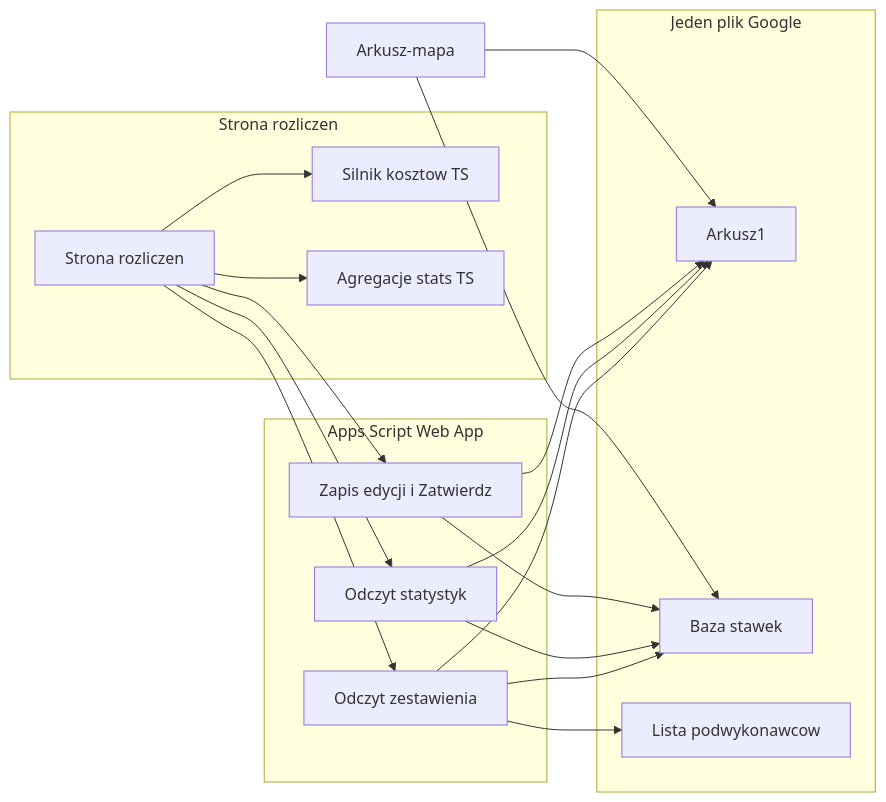
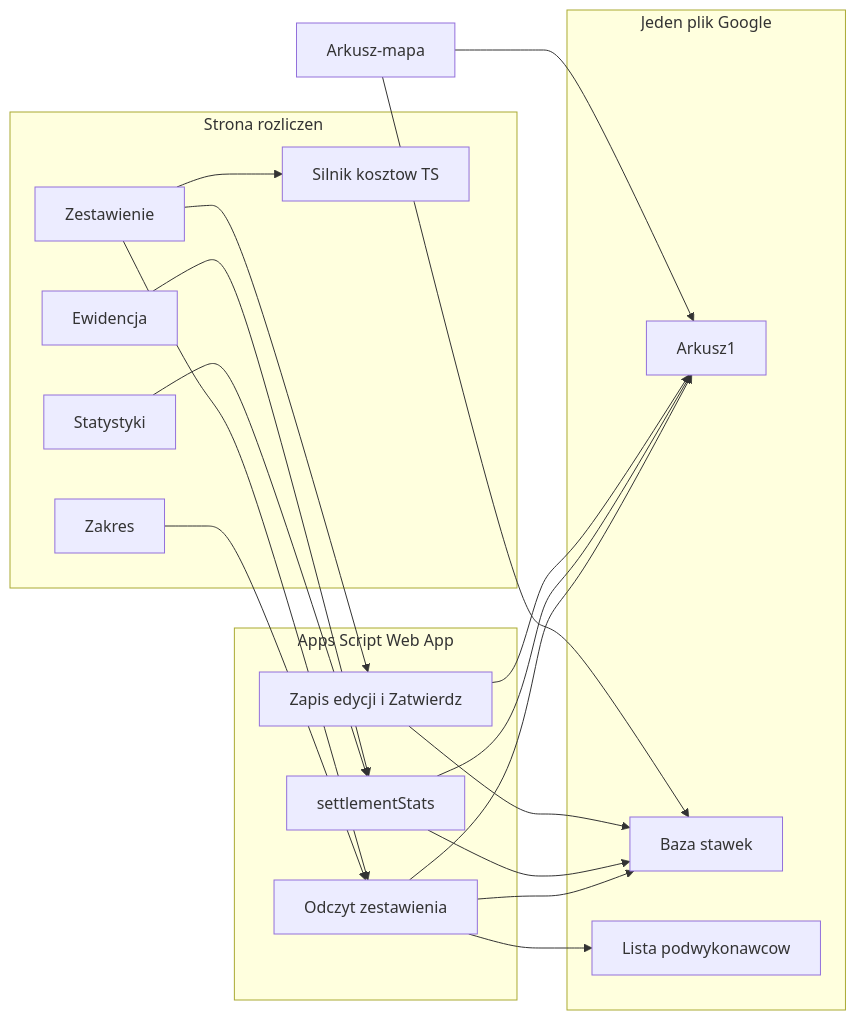
One commit to Zotrek/rozliczenia changed the diagram in docs/ARCHITECTURE.md. Above: the diagram before and after it, drawn with Mermaid. The commit also changed other lines of this file and 6 other files, not shown here.

````diff
--- a/docs/ARCHITECTURE.md
+++ b/docs/ARCHITECTURE.md
@@ -38,33 +38,36 @@
 ```mermaid
 flowchart LR
   subgraph app [Strona rozliczen]
-    App[Strona rozliczen]
+    Zakres[Zakres]
+    Zestawienie[Zestawienie]
+    Statystyki[Statystyki]
+    Ewidencja[Ewidencja]
     Engine[Silnik kosztow TS]
-    Stats[Agregacje stats TS]
   end
   subgraph gas [Apps Script Web App]
     Read[Odczyt zestawienia]
-    StatsRead[Odczyt statystyk]
+    StatsRead[settlementStats]
     Write[Zapis edycji i Zatwierdz]
   end
   subgraph sheet [Jeden plik Google]
     Rejestr[Arkusz1]
     Stawki[Baza stawek]
     Lista[Lista podwykonawcow]
   end
   Mapa[Arkusz-mapa]
-  App --> Engine
-  App --> Stats
-  App --> Read
-  App --> StatsRead
-  App --> Write
+  Zestawienie --> Engine
+  Zakres --> Read
+  Zestawienie --> Read
+  Zestawienie --> Write
+  Statystyki --> StatsRead
+  Ewidencja --> StatsRead
   Read --> Rejestr
   Read --> Stawki
   Read --> Lista
   StatsRead --> Rejestr
   StatsRead --> Stawki
   Write --> Rejestr
   Write --> Stawki
   Mapa --> Rejestr
   Mapa --> Stawki
 ```
````
